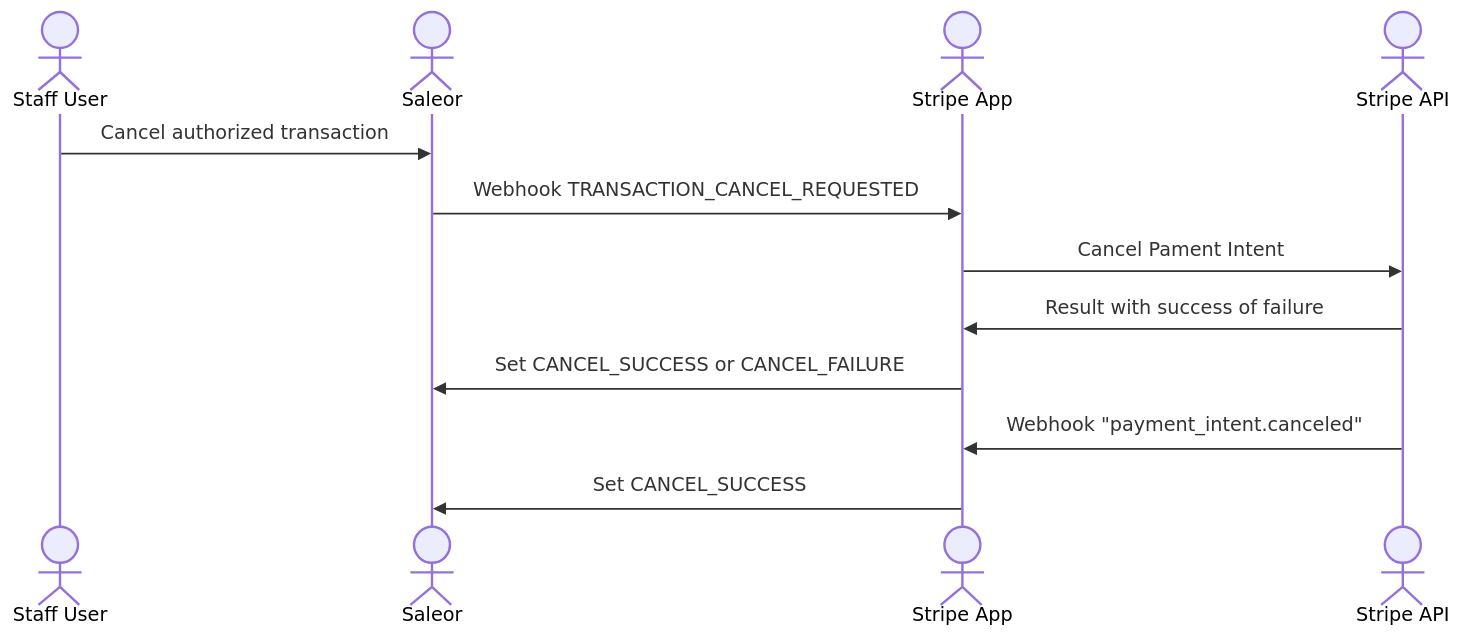
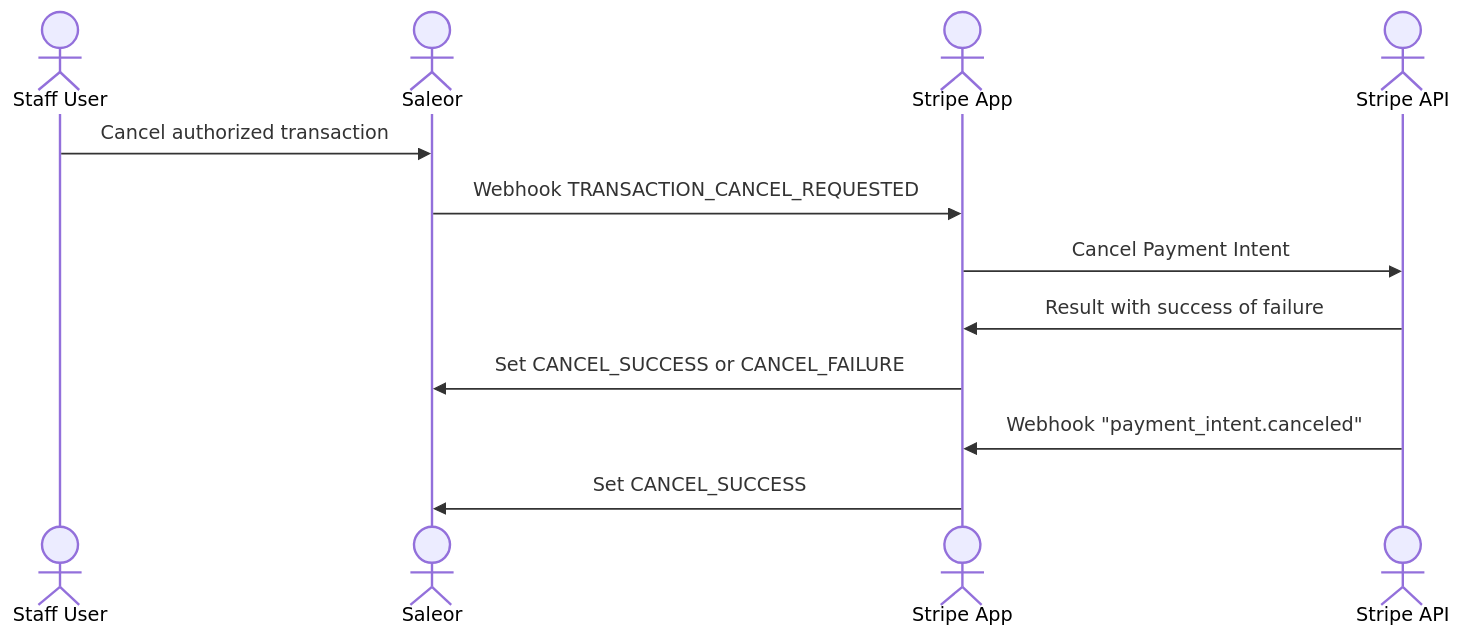
Before and after one commit to saleor/saleor-docs: the sixth of 10 diagrams in docs/developer/app-store/apps/stripe/architecture.mdx, drawn with Mermaid. The commit also changed other lines of this file and 3 other files, not shown here.

````diff
--- a/docs/developer/app-store/apps/stripe/architecture.mdx
+++ b/docs/developer/app-store/apps/stripe/architecture.mdx
@@ -180,16 +220,16 @@
 ```mermaid
 sequenceDiagram
     %% actor Storefront
     actor Staff User
     actor Saleor
     actor Stripe App
     actor Stripe API
 
     Staff User->>Saleor: Cancel authorized transaction
     Saleor ->> Stripe App: Webhook TRANSACTION_CANCEL_REQUESTED
-    Stripe App ->> Stripe API: Cancel Pament Intent
+    Stripe App ->> Stripe API: Cancel Payment Intent
     Stripe API ->> Stripe App: Result with success of failure
     Stripe App ->> Saleor: Set CANCEL_SUCCESS or CANCEL_FAILURE
     Stripe API ->> Stripe App: Webhook "payment_intent.canceled"
     Stripe App ->> Saleor: Set CANCEL_SUCCESS
 ```
````
